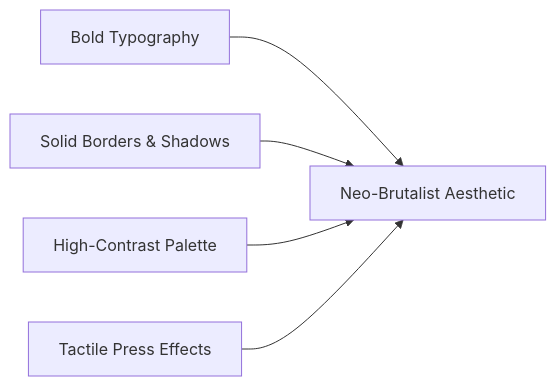
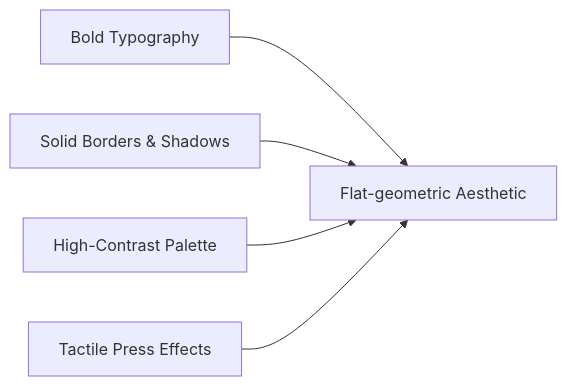
The first of 2 diagrams in docs/DESIGN_GUIDE.md (zichun/multiplayr), drawn with Mermaid before and after one commit. The commit also changed other lines of this file and 1 other file, not shown here.

````diff
--- a/docs/DESIGN_GUIDE.md
+++ b/docs/DESIGN_GUIDE.md
@@ -17,7 +17,7 @@
 ```mermaid
 flowchart LR
-    Sub1[Bold Typography] --> Theme[Neo-Brutalist Aesthetic]
+    Sub1[Bold Typography] --> Theme[Flat-geometric Aesthetic]
     Sub2[Solid Borders & Shadows] --> Theme
     Sub3[High-Contrast Palette] --> Theme
     Sub4[Tactile Press Effects] --> Theme
 ```
````
